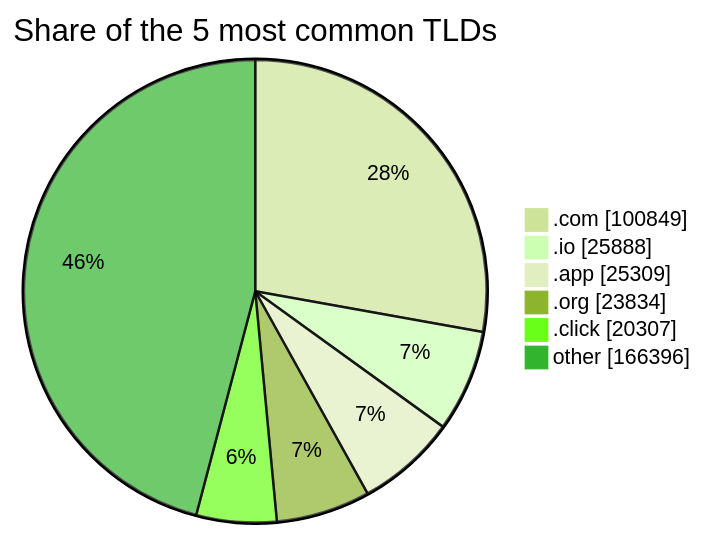
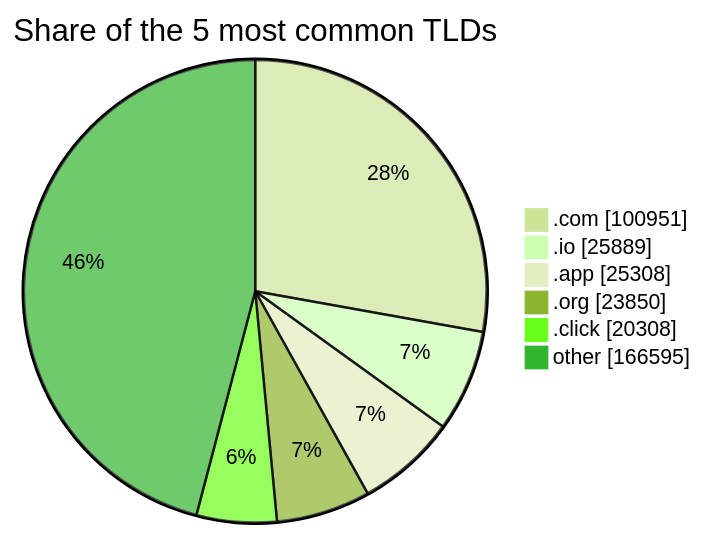
Before and after one commit to DNSBunker/CTI: the third of 3 diagrams in README.md, drawn with Mermaid (forest theme). The commit also changed other lines of this file and 3 other files, not shown here.

````diff
--- a/README.md
+++ b/README.md
@@ -81,9 +81,9 @@
 ```mermaid
 pie showData title Share of the 5 most common TLDs
-    ".com" : 100849
-    ".io" : 25888
-    ".app" : 25309
-    ".org" : 23834
-    ".click" : 20307
-    "other" : 166396
+    ".com" : 100951
+    ".io" : 25889
+    ".app" : 25308
+    ".org" : 23850
+    ".click" : 20308
+    "other" : 166595
 ```
````
